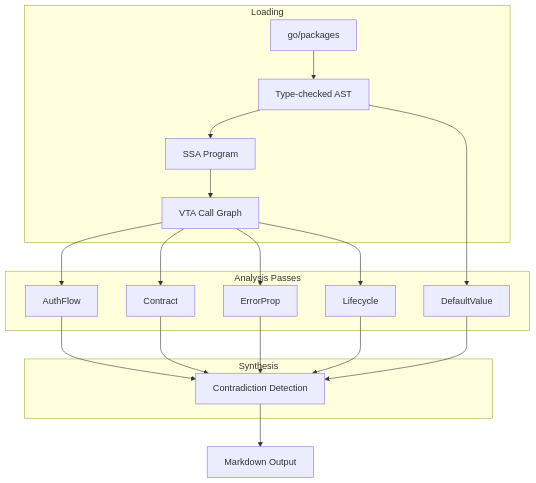
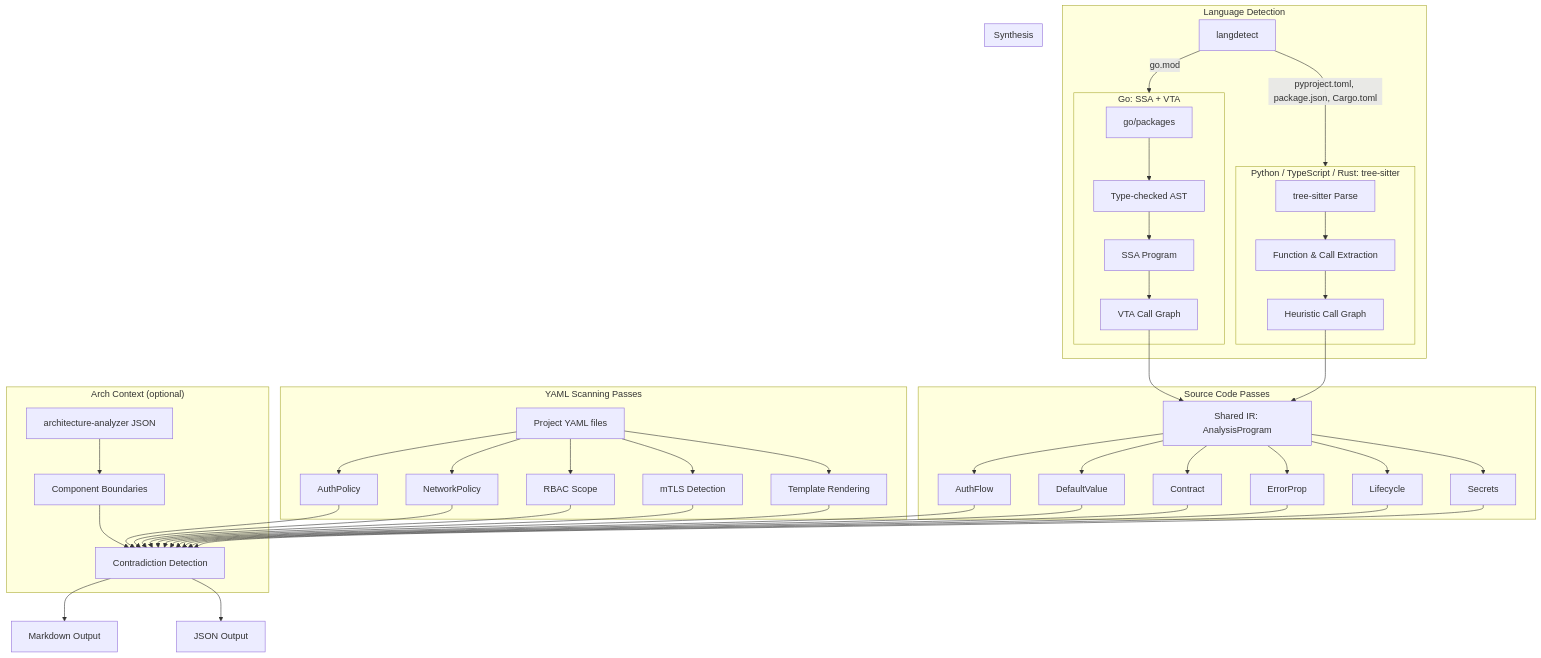
Before and after one commit to ugiordan/trust-flow-analyzer: the first of 2 diagrams in site/docs/architecture/overview.md, drawn with Mermaid. The commit also changed other lines of this file and 13 other files, not shown here.

````diff
--- a/site/docs/architecture/overview.md
+++ b/site/docs/architecture/overview.md
@@ -11,22 +13,50 @@
 ```mermaid
 graph TB
-    subgraph Loading
+    subgraph "Language Detection"
+        LD[langdetect] --> |go.mod| GoPath
+        LD --> |pyproject.toml, package.json, Cargo.toml| TSPath
+    end
+
+    subgraph GoPath ["Go: SSA + VTA"]
         A[go/packages] --> B[Type-checked AST]
         B --> C[SSA Program]
         C --> D[VTA Call Graph]
     end
 
-    subgraph "Analysis Passes"
-        D --> E[AuthFlow]
-        B --> F[DefaultValue]
-        D --> G[Contract]
-        D --> H[ErrorProp]
-        D --> I[Lifecycle]
+    subgraph TSPath ["Python / TypeScript / Rust: tree-sitter"]
+        TS1[tree-sitter Parse] --> TS2[Function & Call Extraction]
+        TS2 --> TS3[Heuristic Call Graph]
+    end
+
+    D --> IR[Shared IR: AnalysisProgram]
+    TS3 --> IR
+
+    subgraph "Source Code Passes"
+        IR --> E[AuthFlow]
+        IR --> F[DefaultValue]
+        IR --> G[Contract]
+        IR --> H[ErrorProp]
+        IR --> I[Lifecycle]
+        IR --> K[Secrets]
+    end
+
+    subgraph "YAML Scanning Passes"
+        YAML[Project YAML files] --> L[AuthPolicy]
+        YAML --> M[NetworkPolicy]
+        YAML --> N[RBAC Scope]
+        YAML --> O[mTLS Detection]
+        YAML --> P[Template Rendering]
+    end
+
+    subgraph "Arch Context (optional)"
+        AC[architecture-analyzer JSON] --> ACL[Component Boundaries]
+        ACL --> J
     end
 
     subgraph Synthesis
-        E & F & G & H & I --> J[Contradiction Detection]
+        E & F & G & H & I & K & L & M & N & O & P --> J[Contradiction Detection]
     end
 
-    J --> K[Markdown Output]
+    J --> MD[Markdown Output]
+    J --> JSON[JSON Output]
 ```
````
